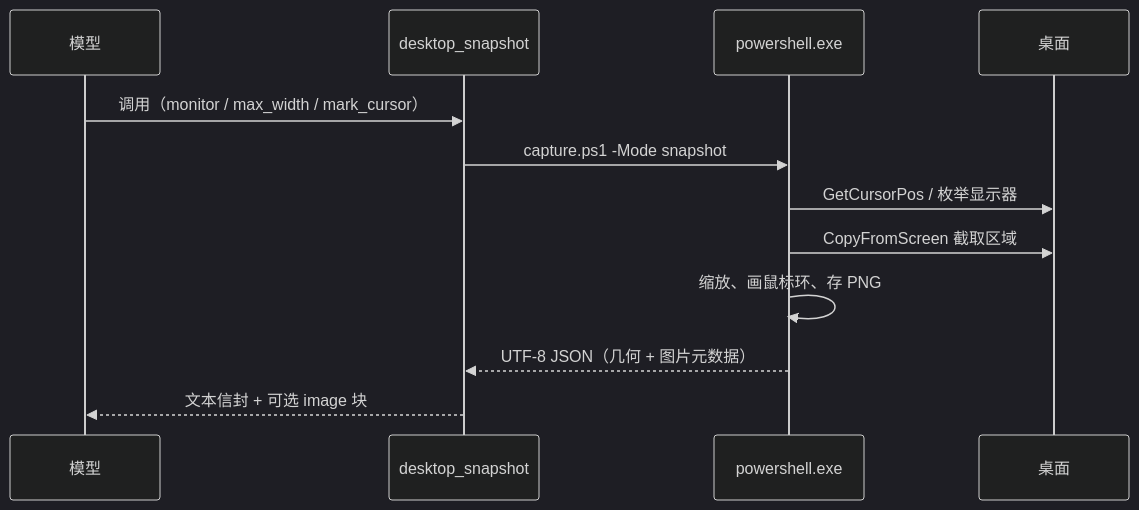
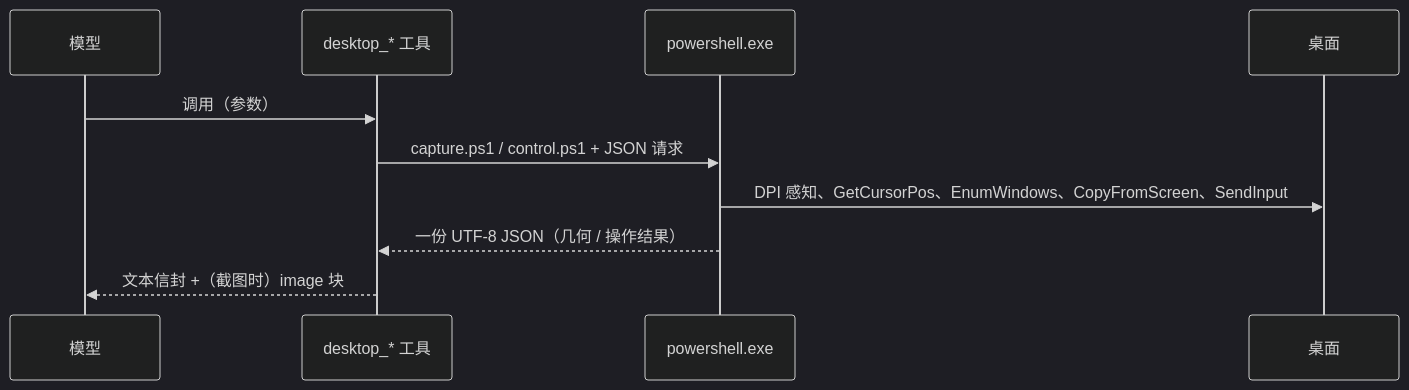
Before and after one commit to videndi/dsh-desktop-view: the diagram in README.md, drawn with Mermaid (dark theme). The commit also changed other lines of this file and 14 other files, not shown here.

First line of the commit message:
feat: input tools for move, click, drag, scroll, type, keys and windows

````diff
--- a/README.md
+++ b/README.md
@@ -85,14 +138,12 @@
 ```mermaid
 sequenceDiagram
     participant M as 模型
-    participant T as desktop_snapshot
+    participant T as desktop_* 工具
     participant P as powershell.exe
     participant D as 桌面
-    M->>T: 调用（monitor / max_width / mark_cursor）
-    T->>P: capture.ps1 -Mode snapshot
-    P->>D: GetCursorPos / 枚举显示器
-    P->>D: CopyFromScreen 截取区域
-    P->>P: 缩放、画鼠标环、存 PNG
-    P-->>T: UTF-8 JSON（几何 + 图片元数据）
-    T-->>M: 文本信封 + 可选 image 块
+    M->>T: 调用（参数）
+    T->>P: capture.ps1 / control.ps1 + JSON 请求
+    P->>D: DPI 感知、GetCursorPos、EnumWindows、CopyFromScreen、SendInput
+    P-->>T: 一份 UTF-8 JSON（几何 / 操作结果）
+    T-->>M: 文本信封 +（截图时）image 块
 ```
````
